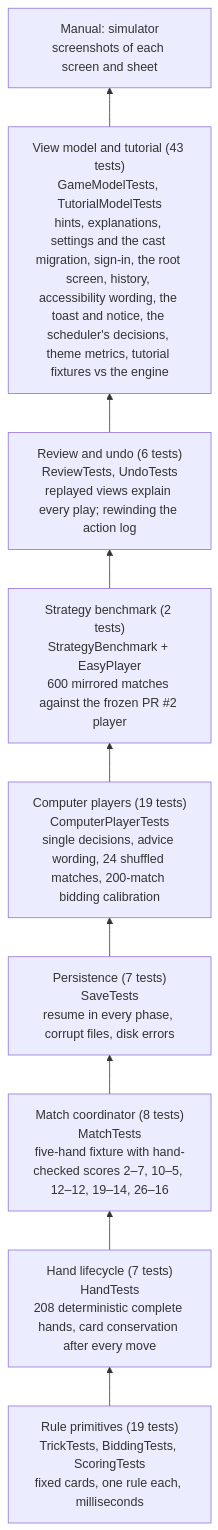
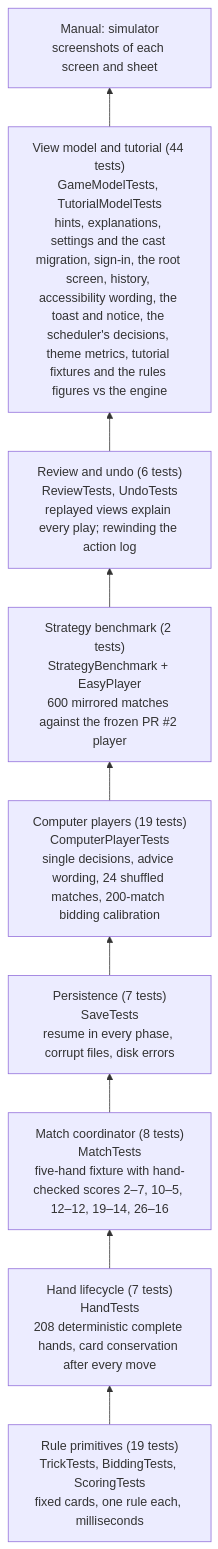
One commit to cmurphy1140/catch-5 changed the first of 2 diagrams in docs/testing.md. Above: the diagram before and after it, drawn with Mermaid. The commit also changed other lines of this file and 6 other files, not shown here.

First line of the commit message:
Rules sheet as a guided walk: figures, chapter rail, the rule as written

````diff
--- a/docs/testing.md
+++ b/docs/testing.md
@@ -40,13 +40,13 @@
 ```mermaid
 flowchart BT
     L1["Rule primitives (19 tests)<br/>TrickTests, BiddingTests, ScoringTests<br/>fixed cards, one rule each, milliseconds"]
     L2["Hand lifecycle (7 tests)<br/>HandTests<br/>208 deterministic complete hands, card conservation after every move"]
     L3["Match coordinator (8 tests)<br/>MatchTests<br/>five-hand fixture with hand-checked scores 2–7, 10–5, 12–12, 19–14, 26–16"]
     L4["Persistence (7 tests)<br/>SaveTests<br/>resume in every phase, corrupt files, disk errors"]
     L5["Computer players (19 tests)<br/>ComputerPlayerTests<br/>single decisions, advice wording, 24 shuffled matches, 200-match bidding calibration"]
     L5b["Strategy benchmark (2 tests)<br/>StrategyBenchmark + EasyPlayer<br/>600 mirrored matches against the frozen PR #2 player"]
     L5c["Review and undo (6 tests)<br/>ReviewTests, UndoTests<br/>replayed views explain every play; rewinding the action log"]
-    L6["View model and tutorial (43 tests)<br/>GameModelTests, TutorialModelTests<br/>hints, explanations, settings and the cast migration, sign-in, the root screen, history, accessibility wording, the toast and notice, the scheduler's decisions, theme metrics, tutorial fixtures vs the engine"]
+    L6["View model and tutorial (44 tests)<br/>GameModelTests, TutorialModelTests<br/>hints, explanations, settings and the cast migration, sign-in, the root screen, history, accessibility wording, the toast and notice, the scheduler's decisions, theme metrics, tutorial fixtures and the rules figures vs the engine"]
     L7["Manual: simulator<br/>screenshots of each screen and sheet"]
     L1 --> L2 --> L3 --> L4 --> L5 --> L5b --> L5c --> L6 --> L7
 ```
````
